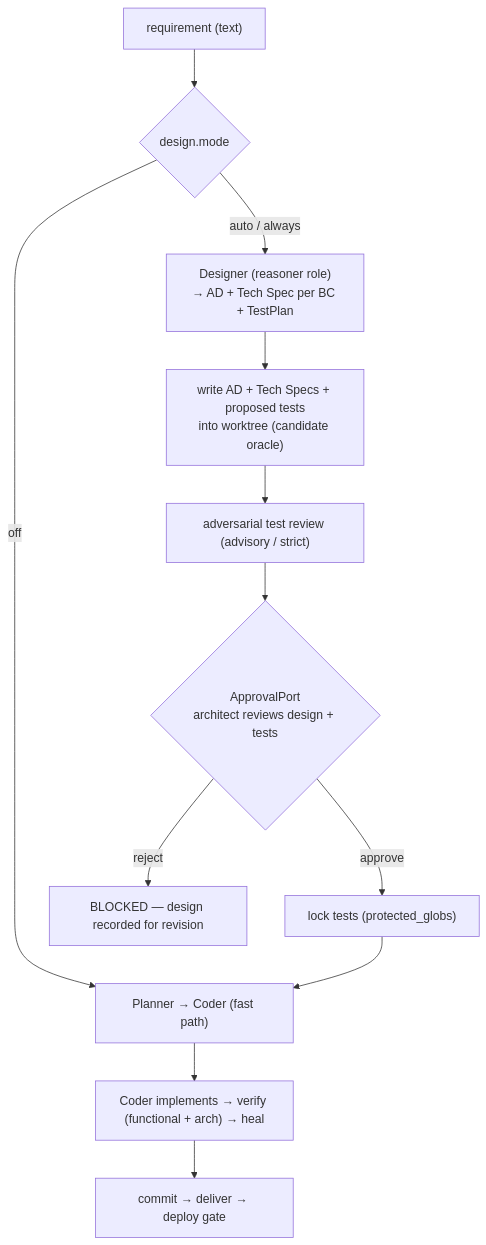
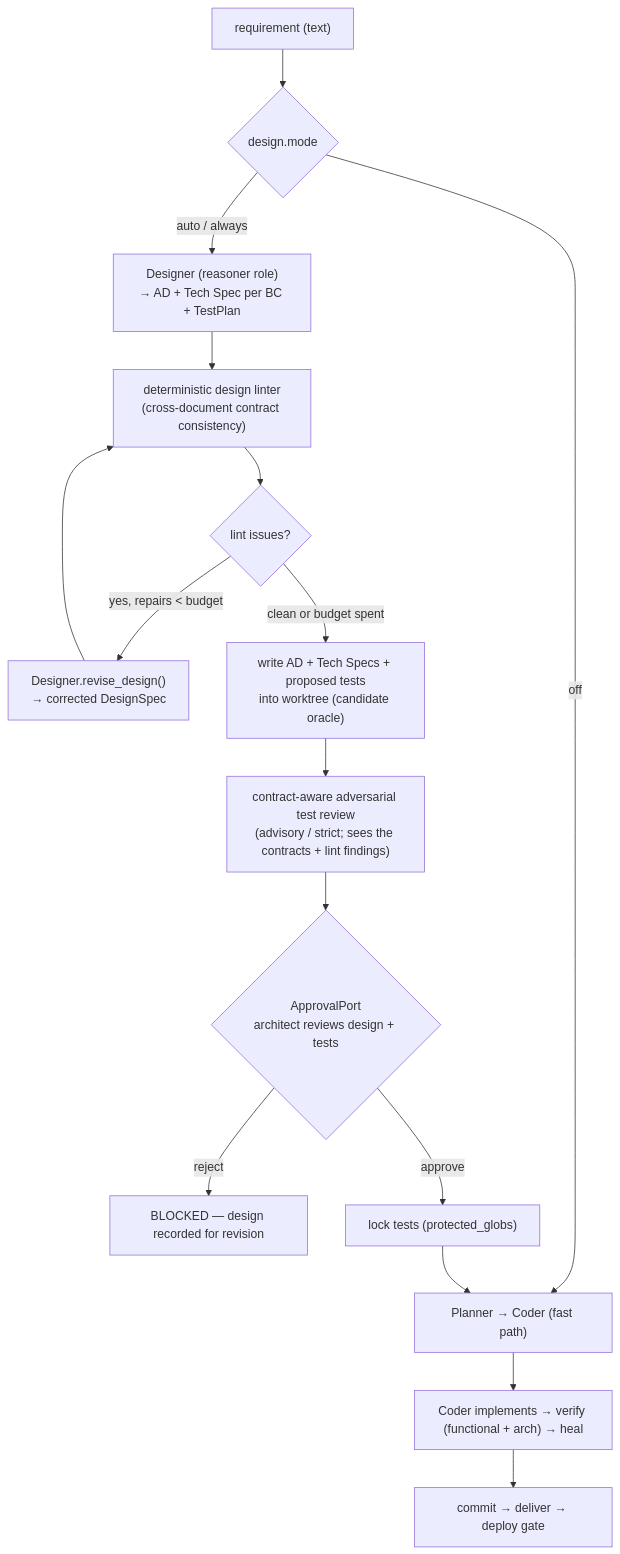
One commit to pmsbkhn/ai-coder-agent changed the first of 2 diagrams in docs/architecture/07-design-first-proposal.md. Above: the diagram before and after it, drawn with Mermaid. The commit also changed other lines of this file and 8 other files, not shown here.

````diff
--- a/docs/architecture/07-design-first-proposal.md
+++ b/docs/architecture/07-design-first-proposal.md
@@ -54,14 +55,18 @@
 ```mermaid
 flowchart TD
     req["requirement (text)"] --> mode{"design.mode"}
     mode -->|off| plan["Planner → Coder (fast path)"]
     mode -->|auto / always| des["Designer (reasoner role)<br/>→ AD + Tech Spec per BC + TestPlan"]
-    des --> writet["write AD + Tech Specs + proposed tests<br/>into worktree (candidate oracle)"]
-    writet --> review["adversarial test review (advisory / strict)"]
+    des --> lint["deterministic design linter<br/>(cross-document contract consistency)"]
+    lint --> repair{"lint issues?"}
+    repair -->|"yes, repairs < budget"| revise["Designer.revise_design()<br/>→ corrected DesignSpec"]
+    revise --> lint
+    repair -->|"clean or budget spent"| writet["write AD + Tech Specs + proposed tests<br/>into worktree (candidate oracle)"]
+    writet --> review["contract-aware adversarial test review<br/>(advisory / strict; sees the contracts + lint findings)"]
     review --> gate{"ApprovalPort<br/>architect reviews design + tests"}
     gate -->|reject| blocked["BLOCKED — design recorded for revision"]
     gate -->|approve| lock["lock tests (protected_globs)"]
     lock --> plan
     plan --> code["Coder implements → verify (functional + arch) → heal"]
     code --> done["commit → deliver → deploy gate"]
 ```
````
